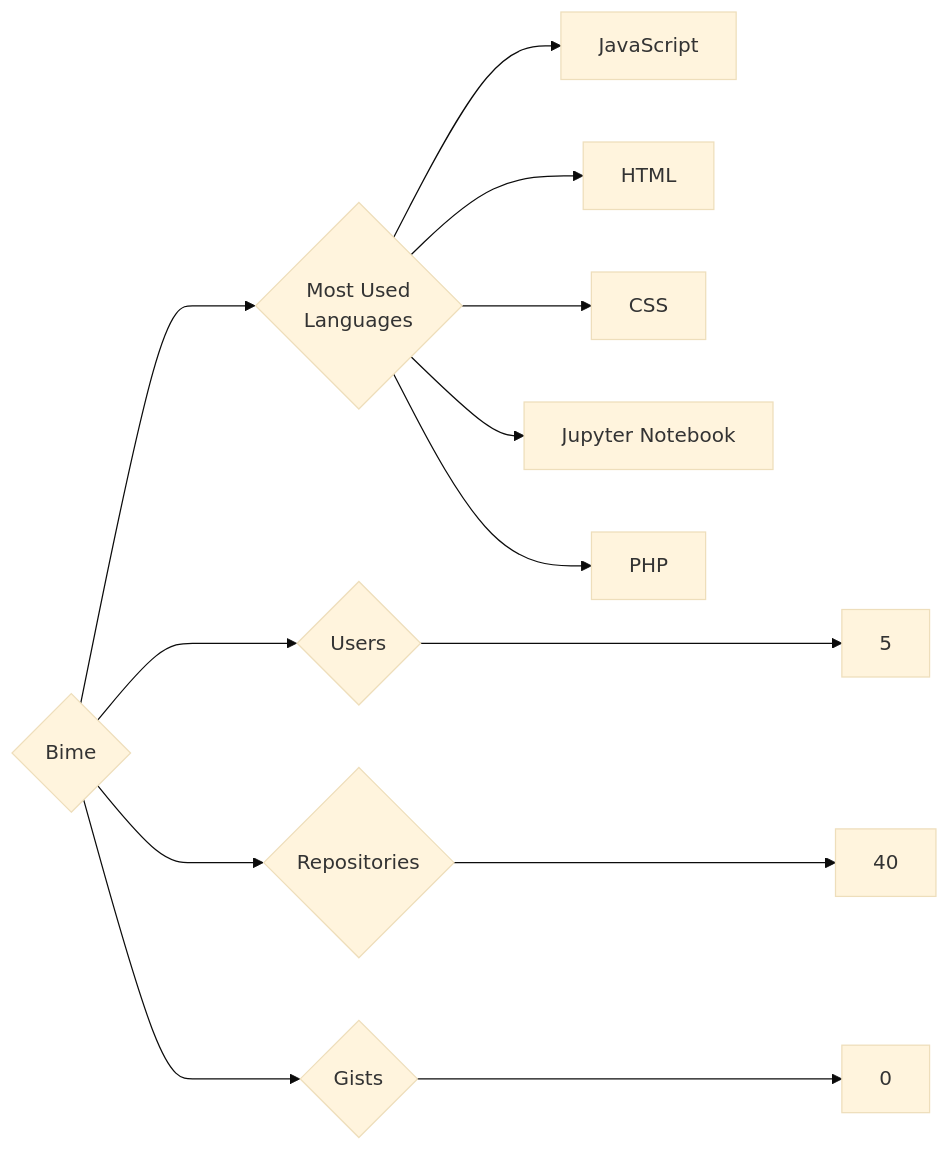
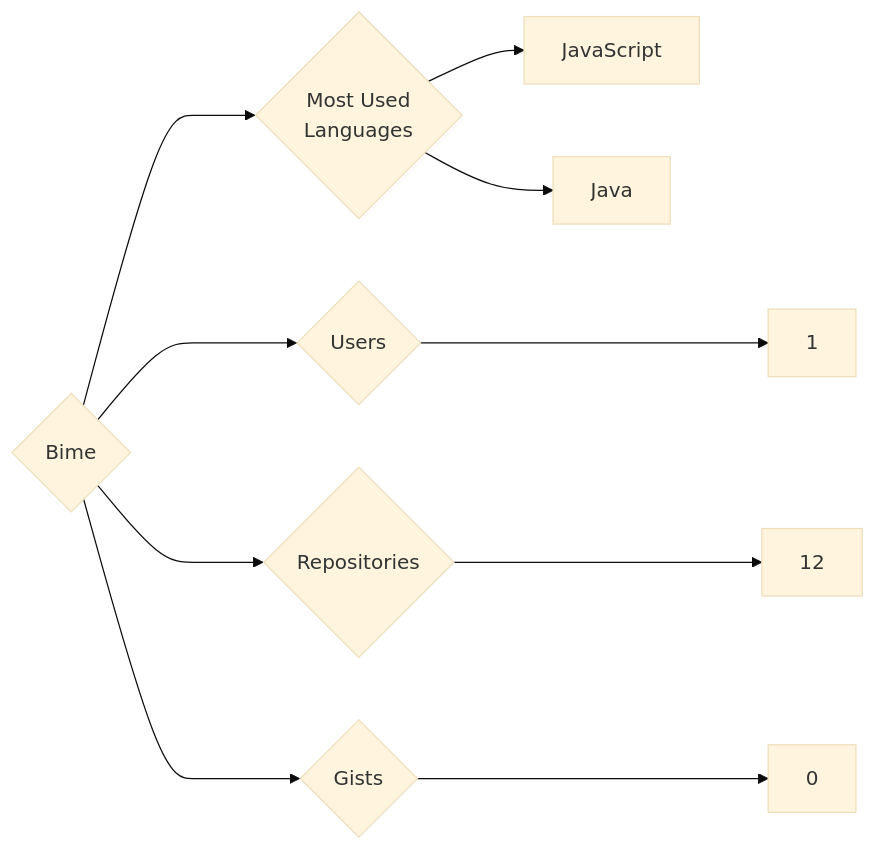
The diagram in targets/Bime/README.md (trickest/insiders), drawn with Mermaid (base theme) before and after one commit. The commit also changed 688 other files, not shown here.

````diff
--- a/targets/Bime/README.md
+++ b/targets/Bime/README.md
@@ -3,13 +3,10 @@
 ```mermaid
 graph LR
 COMPANY_NAME{Bime}
-COMPANY_NAME ---> U{Users} ---> UN[5]
-COMPANY_NAME ---> R{Repositories} ---> RN[40]
+COMPANY_NAME ---> U{Users} ---> UN[1]
+COMPANY_NAME ---> R{Repositories} ---> RN[12]
 COMPANY_NAME ---> G{Gists} ---> GN[0]
 COMPANY_NAME ---> ML{Most Used<br>Languages}
 ML --> JavaScript[JavaScript]
-ML --> HTML[HTML]
-ML --> CSS[CSS]
-ML --> Jupyter_Notebook[Jupyter Notebook]
-ML --> PHP[PHP]
+ML --> Java[Java]
 ```
````
